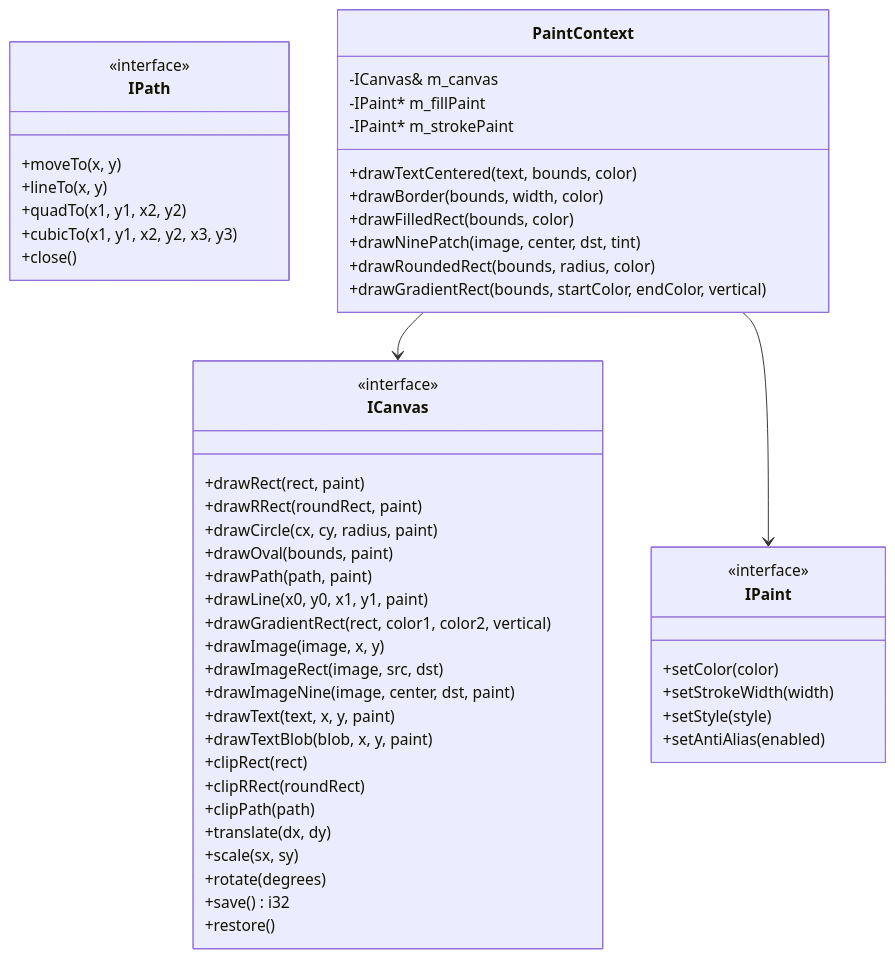
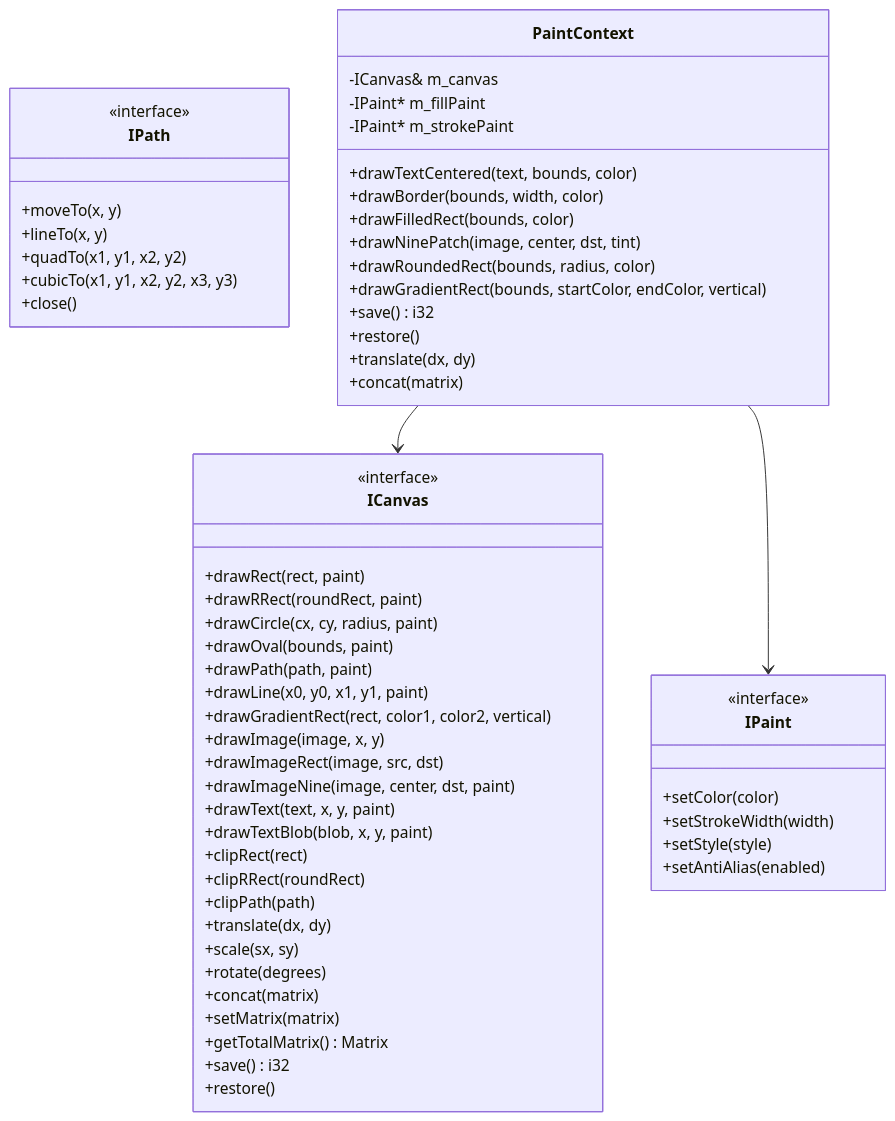
Before and after one commit to g122622/Cubium: the sixth of 8 diagrams in src/client/ui/kagero/README.md, drawn with Mermaid. The commit also changed other lines of this file, not shown here.

Commit message:
docs(ui): 更新 Kagero README 添加斜体渲染和变换矩阵文档
- 更新 RichTextWidget 说明，添加粗体、斜体、删除线、下划线样式
- 更新 Geometry 说明，添加变换支持（平移、缩放、旋转、倾斜）
- 更新 ICanvas 类图，添加 concat()、setMatrix()、getTotalMatrix() 方法
- 更新 PaintContext 类图，添加 save()、restore()、translate()、concat() 方法

````diff
--- a/src/client/ui/kagero/README.md
+++ b/src/client/ui/kagero/README.md
@@ -502,58 +502,65 @@
 ```mermaid
 classDiagram
     class ICanvas {
         <<interface>>
         +drawRect(rect, paint)
         +drawRRect(roundRect, paint)
         +drawCircle(cx, cy, radius, paint)
         +drawOval(bounds, paint)
         +drawPath(path, paint)
         +drawLine(x0, y0, x1, y1, paint)
         +drawGradientRect(rect, color1, color2, vertical)
         +drawImage(image, x, y)
         +drawImageRect(image, src, dst)
         +drawImageNine(image, center, dst, paint)
         +drawText(text, x, y, paint)
         +drawTextBlob(blob, x, y, paint)
         +clipRect(rect)
         +clipRRect(roundRect)
         +clipPath(path)
         +translate(dx, dy)
         +scale(sx, sy)
         +rotate(degrees)
+        +concat(matrix)
+        +setMatrix(matrix)
+        +getTotalMatrix() Matrix
         +save() i32
         +restore()
     }
 
     class IPaint {
         <<interface>>
         +setColor(color)
         +setStrokeWidth(width)
         +setStyle(style)
         +setAntiAlias(enabled)
     }
 
     class IPath {
         <<interface>>
         +moveTo(x, y)
         +lineTo(x, y)
         +quadTo(x1, y1, x2, y2)
         +cubicTo(x1, y1, x2, y2, x3, y3)
         +close()
     }
 
     class PaintContext {
         -ICanvas& m_canvas
         -IPaint* m_fillPaint
         -IPaint* m_strokePaint
         +drawTextCentered(text, bounds, color)
         +drawBorder(bounds, width, color)
         +drawFilledRect(bounds, color)
         +drawNinePatch(image, center, dst, tint)
         +drawRoundedRect(bounds, radius, color)
         +drawGradientRect(bounds, startColor, endColor, vertical)
+        +save() i32
+        +restore()
+        +translate(dx, dy)
+        +concat(matrix)
     }
 
     PaintContext --> ICanvas
     PaintContext --> IPaint
 ```
````
